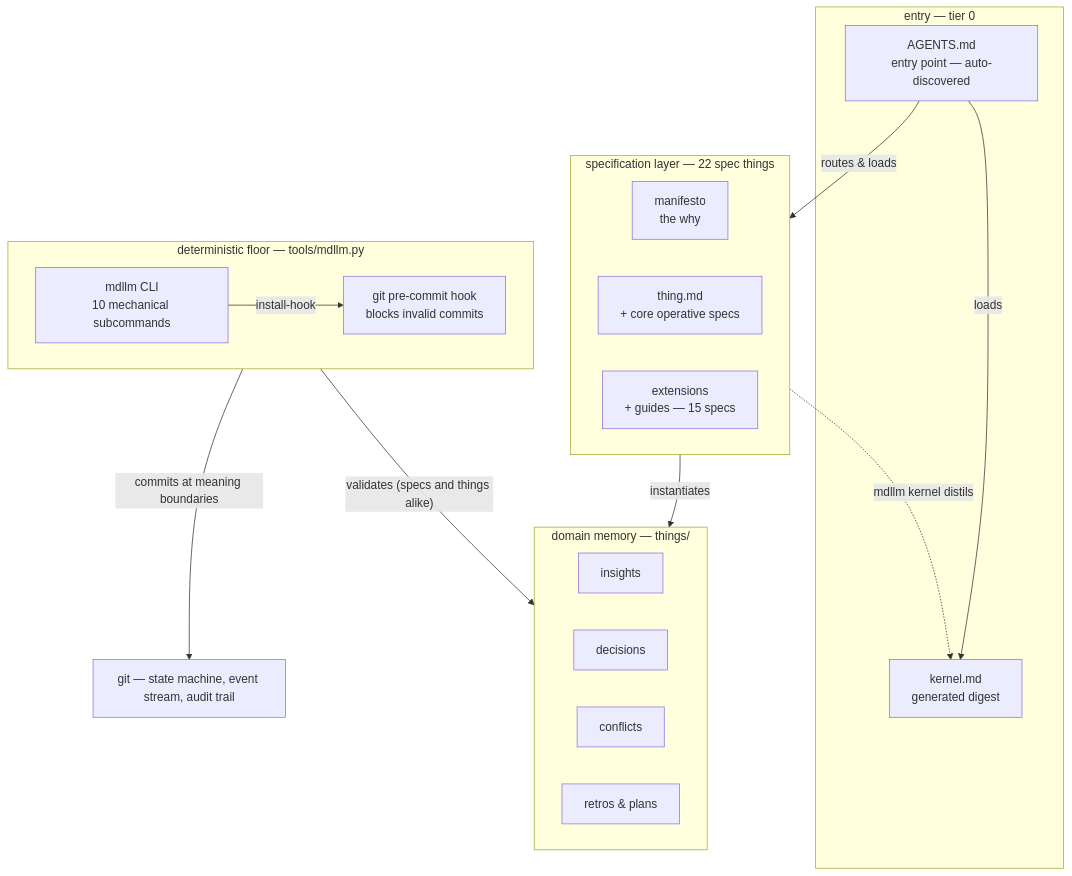
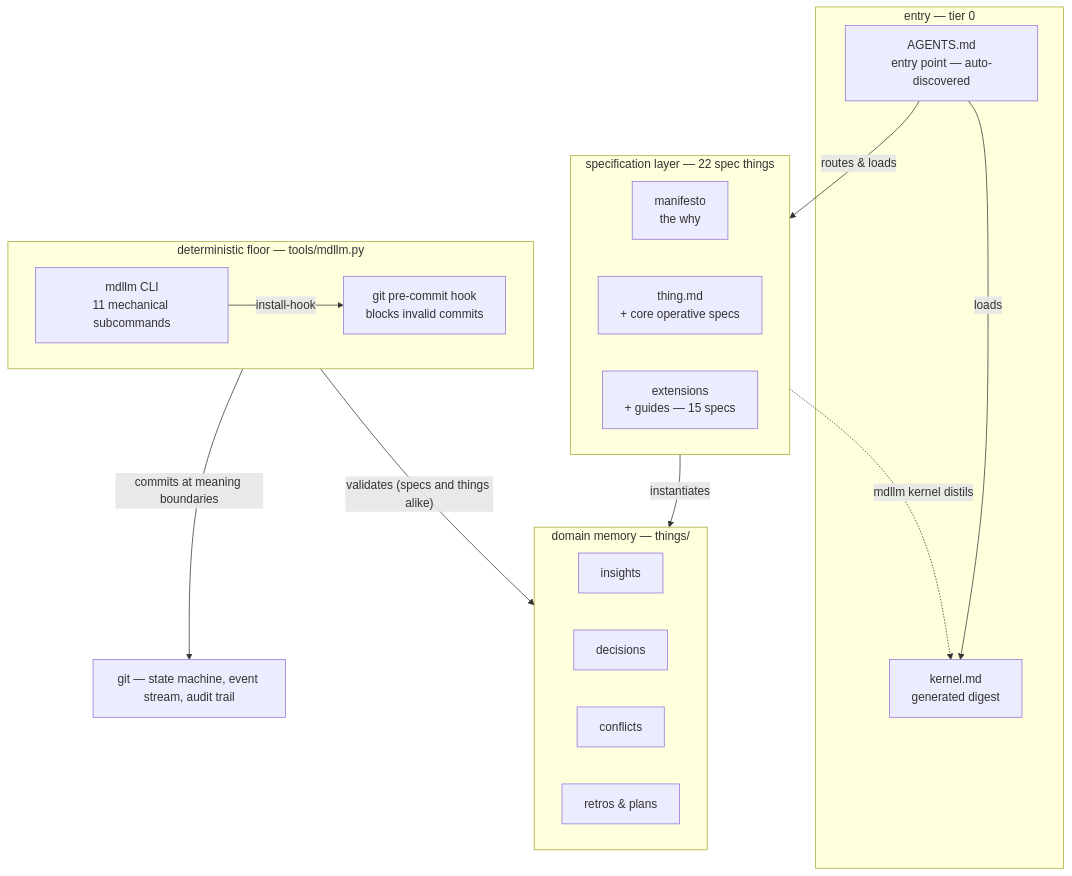
Before and after one commit to JanoshMoshiri/MarkdownLLM: the first of 3 diagrams in framework-map.md, drawn with Mermaid. The commit also changed other lines of this file and 11 other files, not shown here.

````diff
--- a/framework-map.md
+++ b/framework-map.md
@@ -51,31 +51,31 @@
 ```mermaid
 flowchart TD
     subgraph entry ["entry — tier 0"]
         AGENTS["AGENTS.md<br/>entry point — auto-discovered"]
         KERNEL["kernel.md<br/>generated digest"]
     end
     subgraph specs ["specification layer — 22 spec things"]
         MANIFESTO["manifesto<br/>the why"]
         THING["thing.md<br/>+ core operative specs"]
         EXT["extensions<br/>+ guides — 15 specs"]
     end
     subgraph memory ["domain memory — things/"]
         INSIGHTS["insights"]
         DECISIONS["decisions"]
         CONFLICTS["conflicts"]
         RETROS["retros & plans"]
     end
     subgraph floor ["deterministic floor — tools/mdllm.py"]
-        MDLLM["mdllm CLI<br/>10 mechanical subcommands"]
+        MDLLM["mdllm CLI<br/>11 mechanical subcommands"]
         HOOK["git pre-commit hook<br/>blocks invalid commits"]
     end
     GIT["git — state machine, event stream, audit trail"]
 
     AGENTS -->|loads| KERNEL
     AGENTS -->|routes & loads| specs
     specs -.->|"mdllm kernel distils"| KERNEL
     specs -->|instantiates| memory
     MDLLM -->|install-hook| HOOK
     floor -->|"validates (specs and things alike)"| memory
     floor -->|commits at meaning boundaries| GIT
 ```
````
